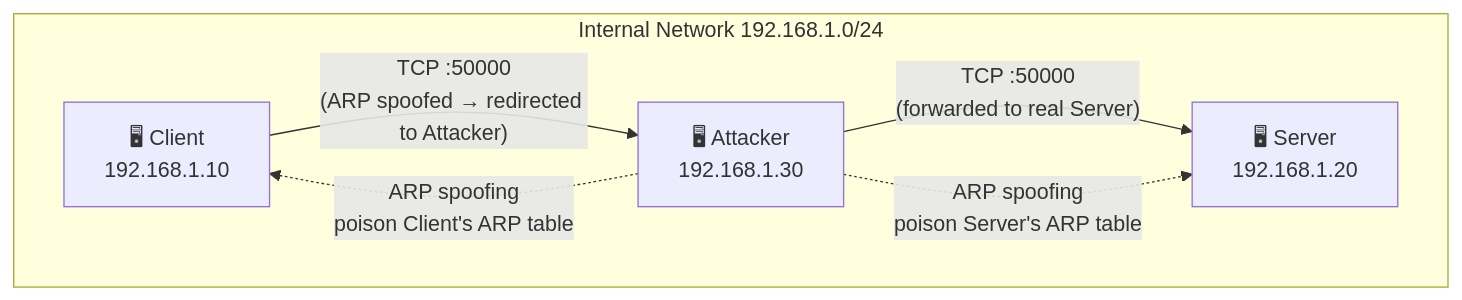
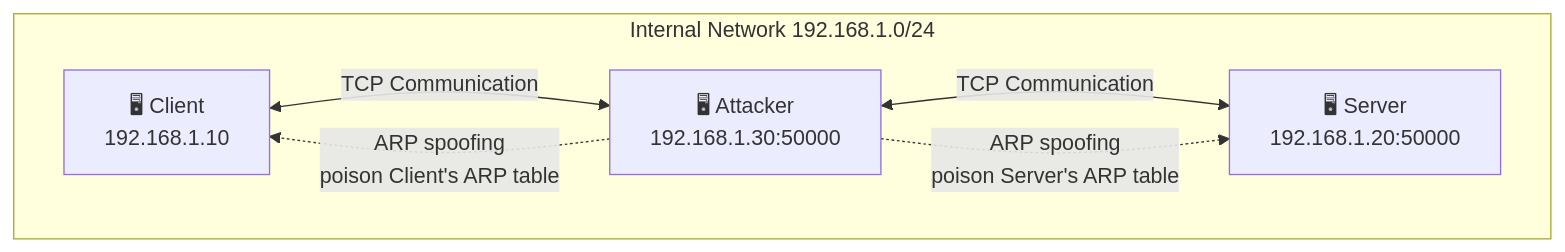
One commit to hanbo-fan/diffie-hellman-mitm-attack-demo changed the second of 2 diagrams in README.md. Above: the diagram before and after it, drawn with Mermaid. The commit also changed other lines of this file, not shown here.

````diff
--- a/README.md
+++ b/README.md
@@ -120,13 +131,13 @@
 ```mermaid
 graph TD
     subgraph Internal Network 192.168.1.0/24
         C["🖥 Client<br/>192.168.1.10"]
-        S["🖥 Server<br/>192.168.1.20"]
-        M["🖥 Attacker<br/>192.168.1.30"]
+        S["🖥 Server<br/>192.168.1.20:50000"]
+        M["🖥 Attacker<br/>192.168.1.30:50000"]
     end
 
-    C -- "TCP :50000<br/>(ARP spoofed → redirected to Attacker)" --> M
-    M -- "TCP :50000<br/>(forwarded to real Server)" --> S
+    C <-- "TCP Communication" --> M
+    M <-- "TCP Communication" --> S
     M -. "ARP spoofing<br/>poison Client's ARP table" .-> C
     M -. "ARP spoofing<br/>poison Server's ARP table" .-> S
 ```
````
